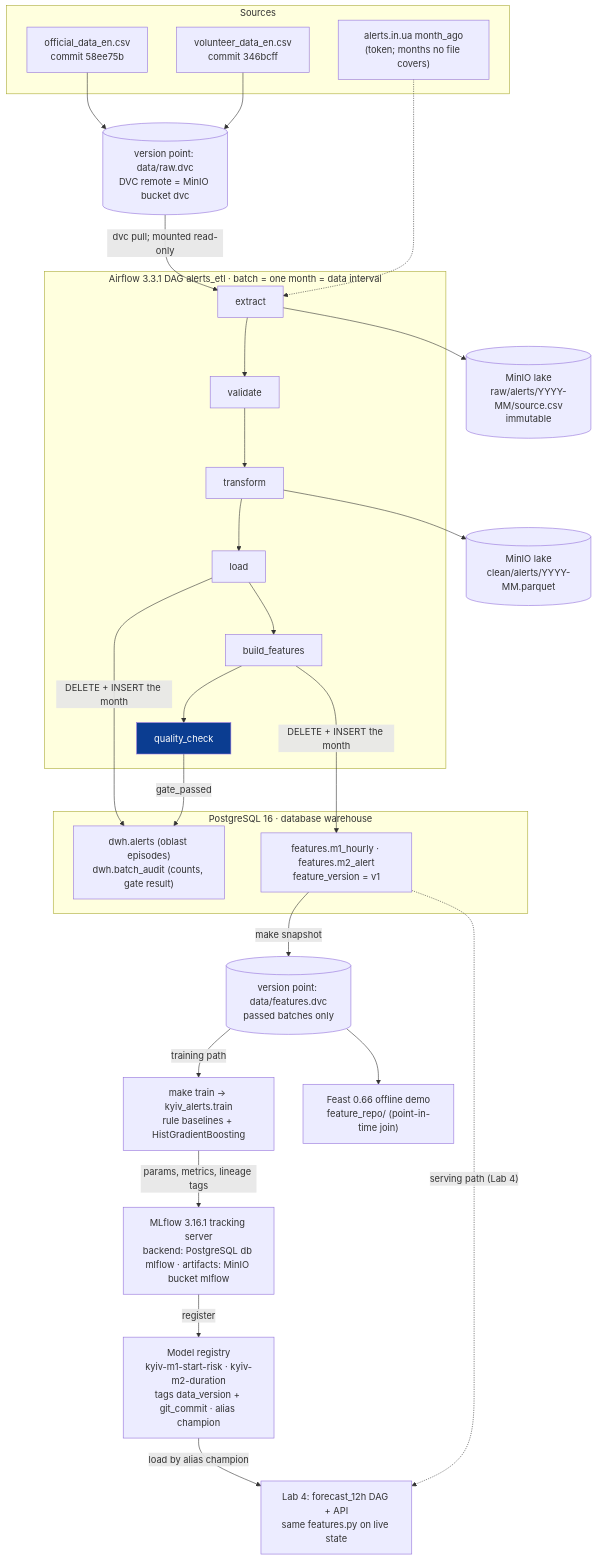
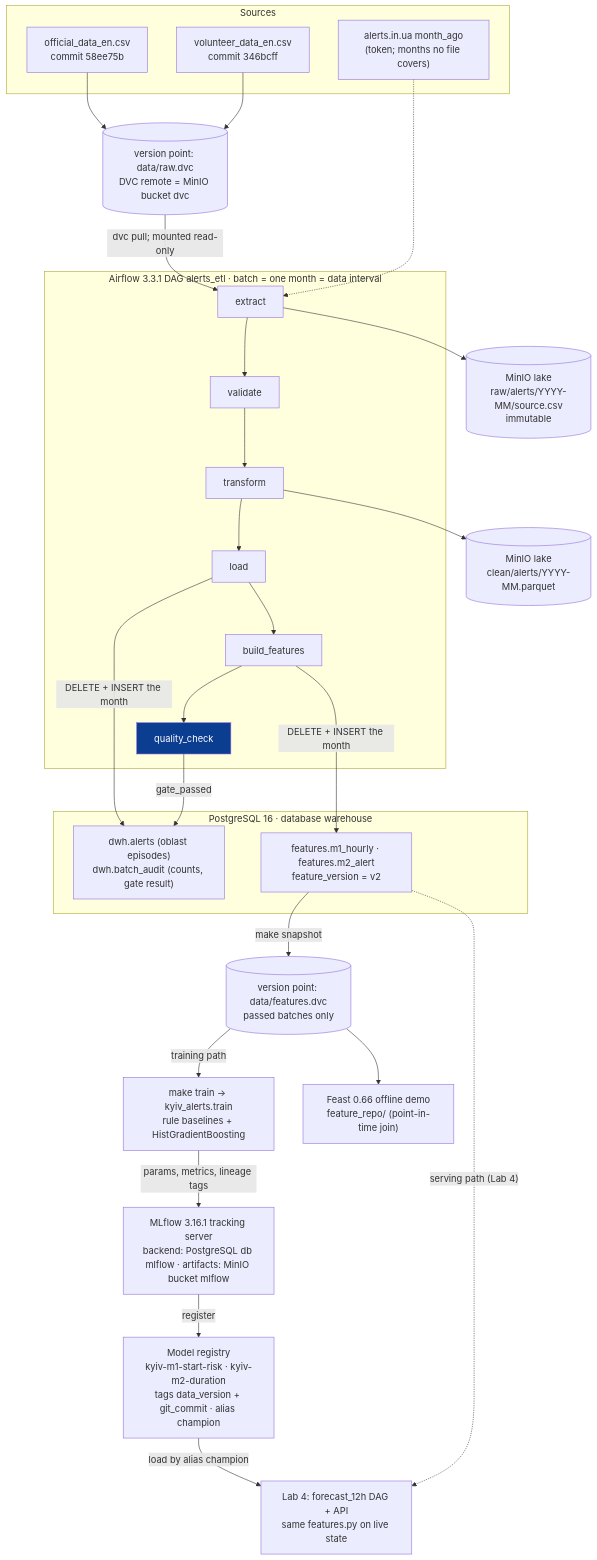
One commit to kvitoslava-yarish/mlops-2026 changed the second of 4 diagrams in docs/design.md. Above: the diagram before and after it, drawn with Mermaid. The commit also changed other lines of this file and 6 other files, not shown here.

````diff
--- a/docs/design.md
+++ b/docs/design.md
@@ -270,43 +270,43 @@
 ```mermaid
 flowchart TB
     subgraph SRC["Sources"]
         off["official_data_en.csv<br/>commit 58ee75b"]
         vol["volunteer_data_en.csv<br/>commit 346bcff"]
         api["alerts.in.ua month_ago<br/>(token; months no file covers)"]
     end
     dvcraw[("version point: data/raw.dvc<br/>DVC remote = MinIO bucket dvc")]
     subgraph DAG["Airflow 3.3.1 DAG alerts_etl · batch = one month = data interval"]
         ex["extract"] --> va["validate"] --> tr["transform"] --> lo["load"] --> bf["build_features"] --> qc["quality_check"]
     end
     lakeraw[("MinIO lake<br/>raw/alerts/YYYY-MM/source.csv<br/>immutable")]
     lakeclean[("MinIO lake<br/>clean/alerts/YYYY-MM.parquet")]
     subgraph PG["PostgreSQL 16 · database warehouse"]
         dwh["dwh.alerts (oblast episodes)<br/>dwh.batch_audit (counts, gate result)"]
-        feat["features.m1_hourly · features.m2_alert<br/>feature_version = v1"]
+        feat["features.m1_hourly · features.m2_alert<br/>feature_version = v2"]
     end
     snap[("version point: data/features.dvc<br/>passed batches only")]
     train["make train → kyiv_alerts.train<br/>rule baselines + HistGradientBoosting"]
     mlf["MLflow 3.16.1 tracking server<br/>backend: PostgreSQL db mlflow · artifacts: MinIO bucket mlflow"]
     reg["Model registry<br/>kyiv-m1-start-risk · kyiv-m2-duration<br/>tags data_version + git_commit · alias champion"]
     feast["Feast 0.66 offline demo<br/>feature_repo/ (point-in-time join)"]
     serve["Lab 4: forecast_12h DAG + API<br/>same features.py on live state"]
 
     off --> dvcraw
     vol --> dvcraw
     dvcraw -- "dvc pull; mounted read-only" --> ex
     api -.-> ex
     ex --> lakeraw
     tr --> lakeclean
     lo -- "DELETE + INSERT the month" --> dwh
     bf -- "DELETE + INSERT the month" --> feat
     qc -- "gate_passed" --> dwh
     feat -- "make snapshot" --> snap
     snap -- "training path" --> train
     snap --> feast
     train -- "params, metrics, lineage tags" --> mlf
     mlf -- "register" --> reg
     reg -- "load by alias champion" --> serve
     feat -. "serving path (Lab 4)" .-> serve
 
     style qc fill:#0b3d91,color:#ffffff
 ```
````
